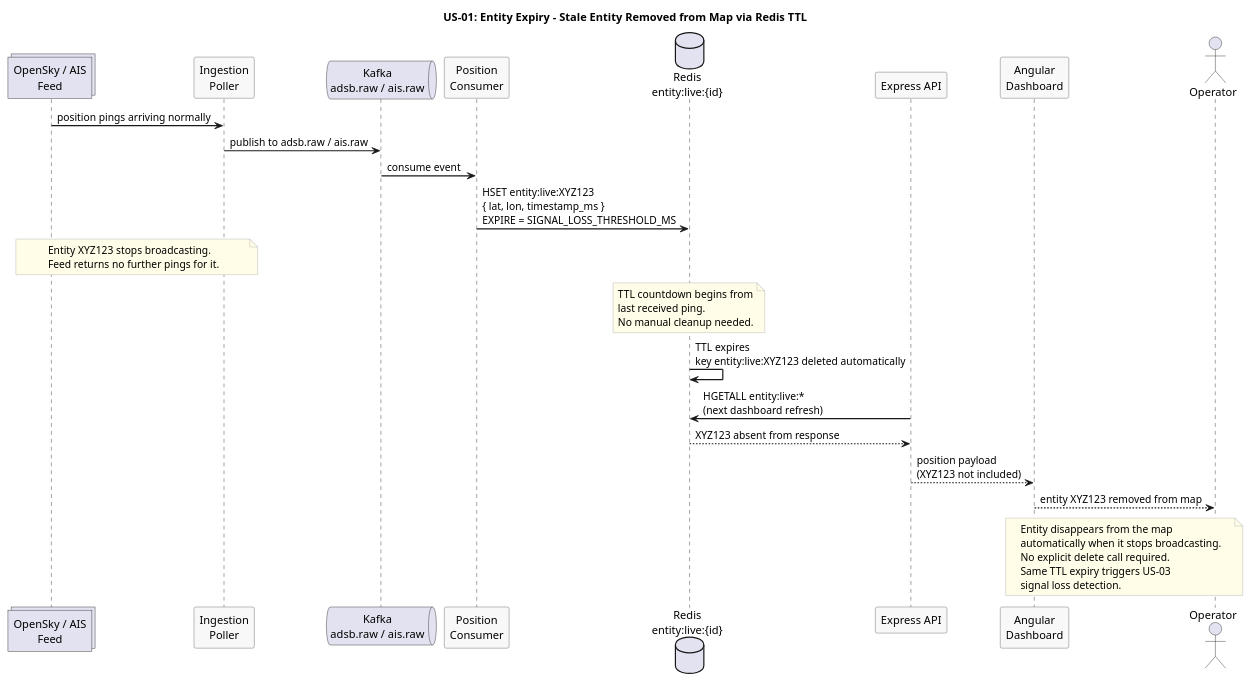
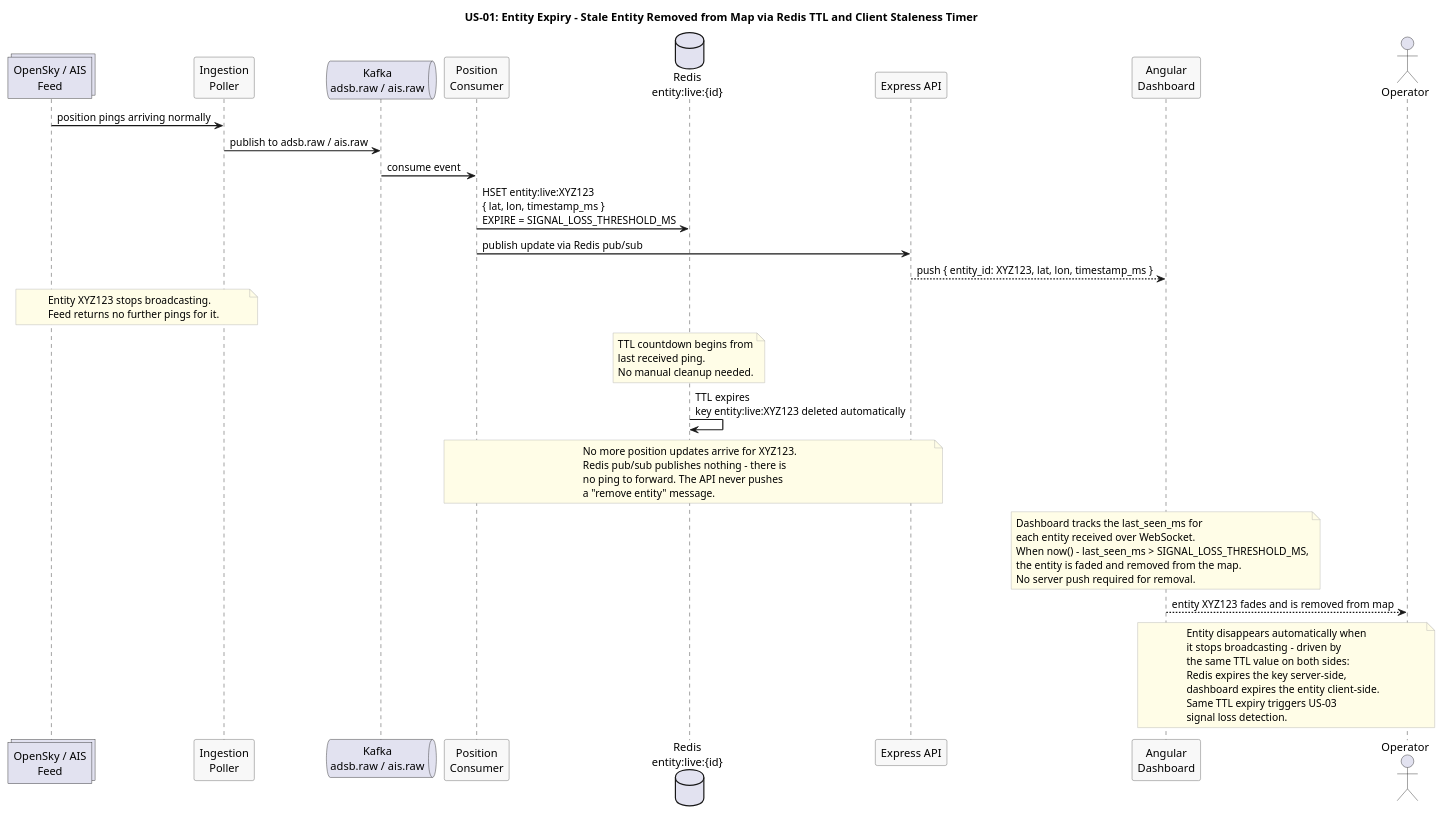
The diagram in docs/use-cases/US-01-live-entity-tracking/entity-expiry.puml (Buffden/sentinel), drawn with PlantUML before and after one commit. The commit also changed 13 other files, not shown here.

Commit message:
docs: sync existing use case diagrams with auth, alert table writes, and scope filtering

```diff
--- a/docs/use-cases/US-01-live-entity-tracking/entity-expiry.puml
+++ b/docs/use-cases/US-01-live-entity-tracking/entity-expiry.puml
@@ -1,51 +1,66 @@
 @startuml entity-expiry
-title US-01: Entity Expiry - Stale Entity Removed from Map via Redis TTL
+title US-01: Entity Expiry - Stale Entity Removed from Map via Redis TTL and Client Staleness Timer
 
 skinparam sequenceArrowThickness 1.5
 skinparam participantBorderColor #555555
 skinparam participantBackgroundColor #F8F8F8
 skinparam noteBorderColor #AAAAAA
 skinparam noteBackgroundColor #FFFDE7
 
 collections "OpenSky / AIS\nFeed" as Feed
 participant "Ingestion\nPoller" as Poller
 queue "Kafka\nadsb.raw / ais.raw" as Kafka
 participant "Position\nConsumer" as Consumer
 database "Redis\nentity:live:{id}" as Redis
 participant "Express API" as API
 participant "Angular\nDashboard" as Dashboard
 actor Operator
 
 Feed -> Poller : position pings arriving normally
 Poller -> Kafka : publish to adsb.raw / ais.raw
 Kafka -> Consumer : consume event
 Consumer -> Redis : HSET entity:live:XYZ123\n{ lat, lon, timestamp_ms }\nEXPIRE = SIGNAL_LOSS_THRESHOLD_MS
+Consumer -> API : publish update via Redis pub/sub
+API --> Dashboard : push { entity_id: XYZ123, lat, lon, timestamp_ms }
 
 note over Feed, Poller
   Entity XYZ123 stops broadcasting.
   Feed returns no further pings for it.
 end note
 
 note over Redis
   TTL countdown begins from
   last received ping.
   No manual cleanup needed.
 end note
 
 Redis -> Redis : TTL expires\nkey entity:live:XYZ123 deleted automatically
 
-API -> Redis : HGETALL entity:live:*\n(next dashboard refresh)
-Redis --> API : XYZ123 absent from response
+note over Consumer, API
+  No more position updates arrive for XYZ123.
+  Redis pub/sub publishes nothing - there is
+  no ping to forward. The API never pushes
+  a "remove entity" message.
+end note
 
-API --> Dashboard : position payload\n(XYZ123 not included)
-Dashboard --> Operator : entity XYZ123 removed from map
+note over Dashboard
+  Dashboard tracks the last_seen_ms for
+  each entity received over WebSocket.
+  When now() - last_seen_ms > SIGNAL_LOSS_THRESHOLD_MS,
+  the entity is faded and removed from the map.
+  No server push required for removal.
+end note
+
+Dashboard --> Operator : entity XYZ123 fades and is removed from map
 
 note over Dashboard, Operator
-  Entity disappears from the map
-  automatically when it stops broadcasting.
-  No explicit delete call required.
+  Entity disappears automatically when
+  it stops broadcasting - driven by
+  the same TTL value on both sides:
+  Redis expires the key server-side,
+  dashboard expires the entity client-side.
   Same TTL expiry triggers US-03
   signal loss detection.
 end note
 
 @enduml
```
